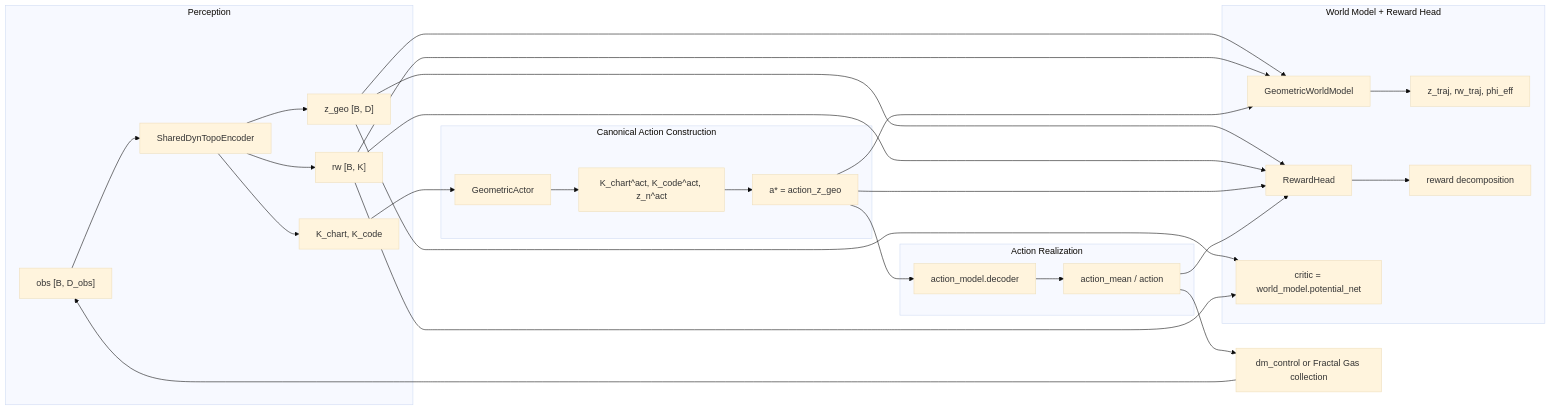
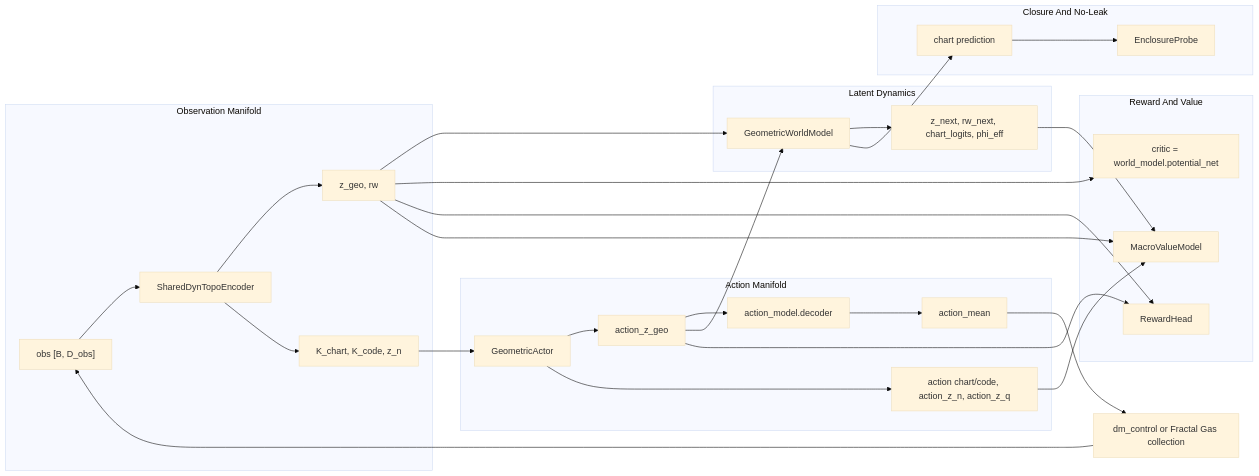
Before and after one commit to FragileTech/fragile: the diagram in docs/source/1_agent/11_implementation/03_dreamer.md, drawn with Mermaid (base theme). The commit also changed other lines of this file, not shown here.

````diff
--- a/docs/source/1_agent/11_implementation/03_dreamer.md
+++ b/docs/source/1_agent/11_implementation/03_dreamer.md
@@ -69,37 +69,39 @@
 ```{mermaid}
 flowchart LR
-    subgraph Perception["Perception"]
-        OBS["obs [B, D_obs]"] --> ENC["SharedDynTopoEncoder"]
-        ENC --> Z["z_geo [B, D]"]
-        ENC --> RW["rw [B, K]"]
-        ENC --> K["K_chart, K_code"]
+    subgraph Perception["Observation Manifold"]
+        OBS["obs [B, D_obs]"] --> OENC["SharedDynTopoEncoder"]
+        OENC --> OZ["z_geo, rw"]
+        OENC --> OK["K_chart, K_code, z_n"]
     end
 
-    subgraph Action["Canonical Action Construction"]
-        K --> ACTOR["GeometricActor"]
-        ACTOR --> ASTRUCT["K_chart^act, K_code^act, z_n^act"]
-        ASTRUCT --> ACAN["a* = action_z_geo"]
+    subgraph Policy["Action Manifold"]
+        OK --> ACTOR["GeometricActor"]
+        ACTOR --> AZ["action_z_geo"]
+        ACTOR --> AK["action chart/code, action_z_n, action_z_q"]
+        AZ --> ADEC["action_model.decoder"]
+        ADEC --> AMEAN["action_mean"]
     end
 
-    subgraph Boundary["Action Realization"]
-        ACAN --> ADEC["action_model.decoder"]
-        ADEC --> ACT["action_mean / action"]
+    subgraph Dynamics["Latent Dynamics"]
+        OZ --> WM["GeometricWorldModel"]
+        AZ --> WM
+        WM --> OZN["z_next, rw_next, chart_logits, phi_eff"]
     end
 
-    subgraph Imagination["World Model + Reward Head"]
-        Z --> WM["GeometricWorldModel"]
-        RW --> WM
-        ACAN --> WM
-        Z --> RH["RewardHead"]
-        RW --> RH
-        ACAN --> RH
-        ACT --> RH
-        Z --> CRIT["critic = world_model.potential_net"]
-        RW --> CRIT
-        WM --> ZT["z_traj, rw_traj, phi_eff"]
-        RH --> RT["reward decomposition"]
+    subgraph Value["Reward And Value"]
+        OZ --> CRIT["critic = world_model.potential_net"]
+        AZ --> RH["RewardHead"]
+        OZ --> RH
+        OZ --> MACRO["MacroValueModel"]
+        AK --> MACRO
+        OZN --> MACRO
     end
 
-    ACT --> ENV["dm_control or Fractal Gas collection"]
+    subgraph Closure["Closure And No-Leak"]
+        WM --> CHART["chart prediction"]
+        CHART --> ENCLOSURE["EnclosureProbe"]
+    end
+
+    AMEAN --> ENV["dm_control or Fractal Gas collection"]
     ENV --> OBS
 ```
````
